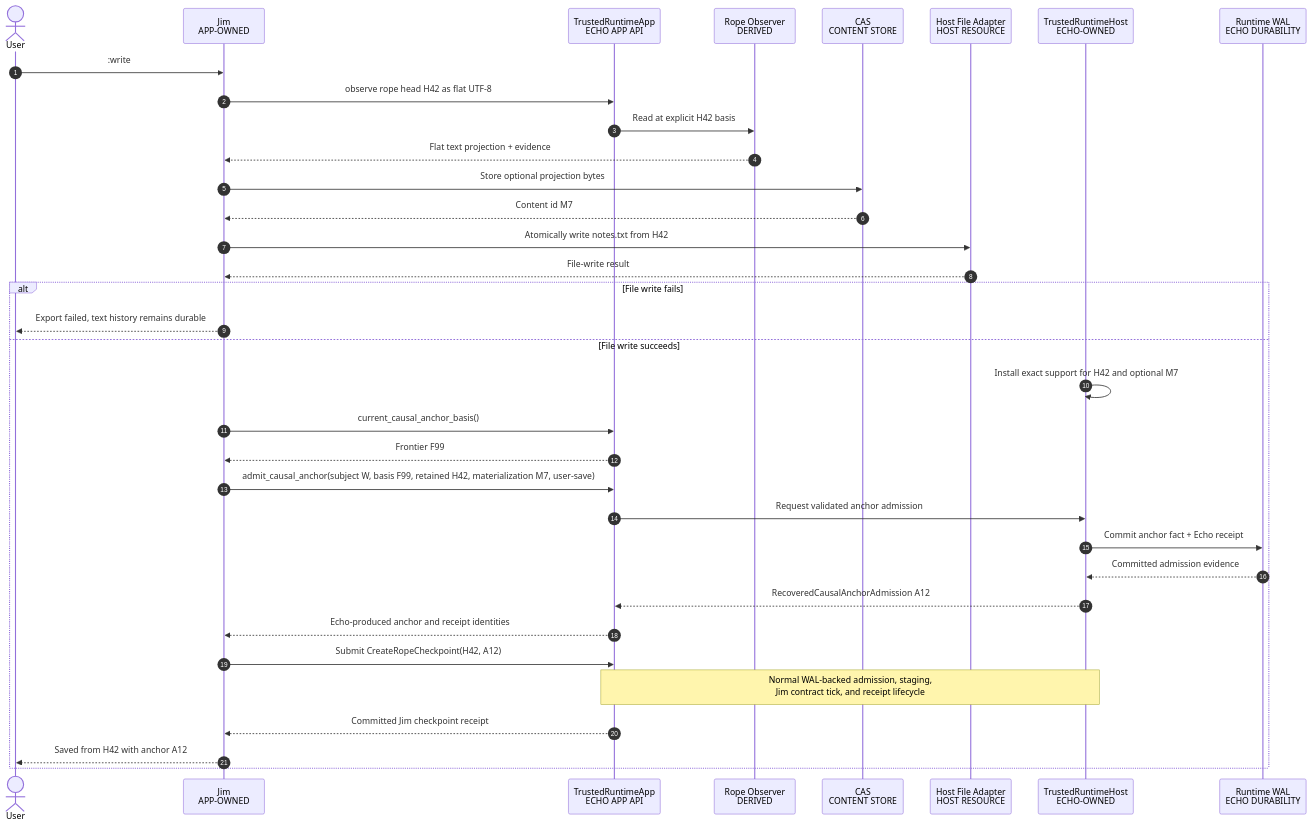
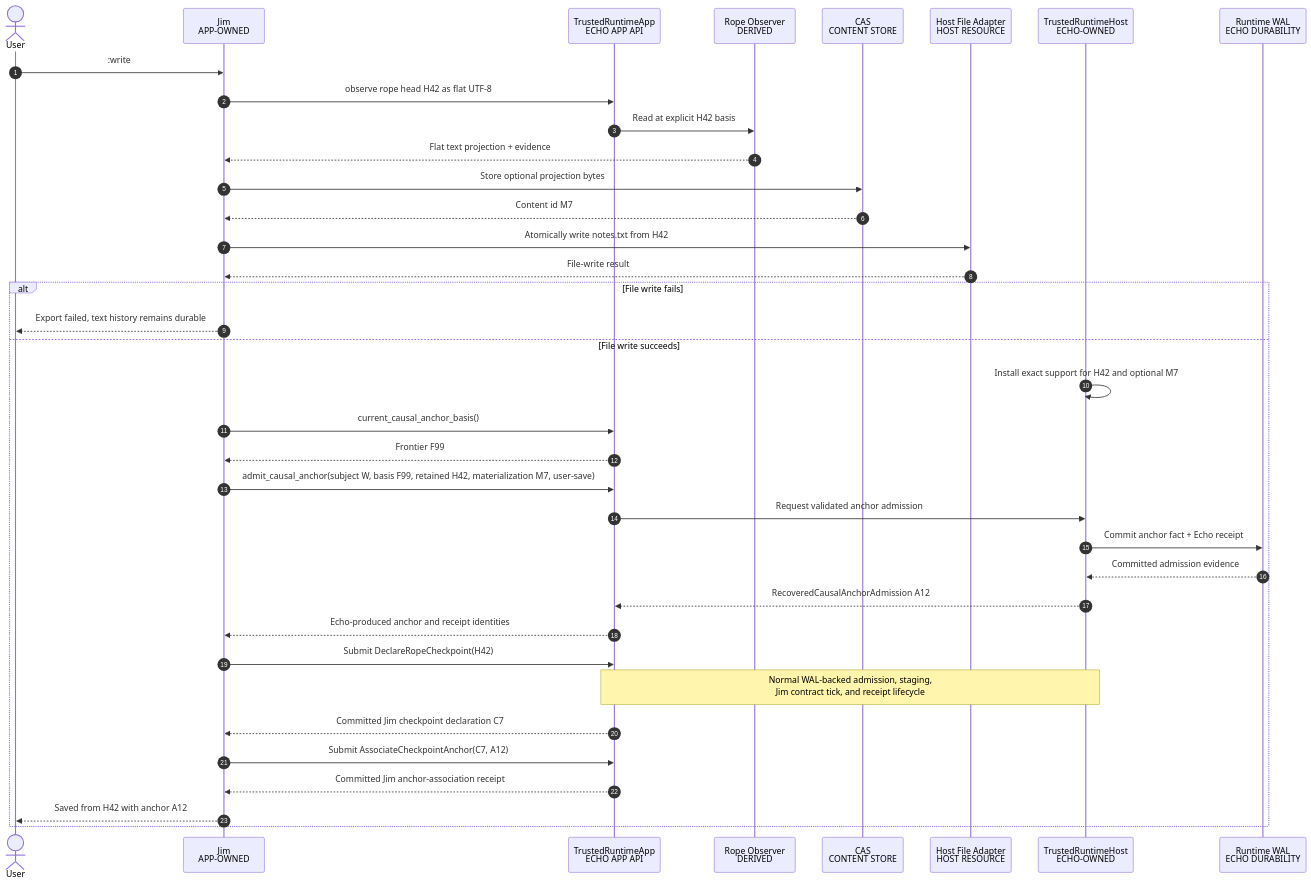
Before and after one commit to flyingrobots/echo: the fifth of 6 diagrams in docs/case-studies/JimAndEcho.md, drawn with Mermaid. The commit also changed other lines of this file and 11 other files, not shown here.

````diff
--- a/docs/case-studies/JimAndEcho.md
+++ b/docs/case-studies/JimAndEcho.md
@@ -514,38 +514,40 @@
 ```mermaid
 sequenceDiagram
     autonumber
     actor U as User
     participant J as Jim<br/>APP-OWNED
     participant A as TrustedRuntimeApp<br/>ECHO APP API
     participant O as Rope Observer<br/>DERIVED
     participant CAS as CAS<br/>CONTENT STORE
     participant F as Host File Adapter<br/>HOST RESOURCE
     participant H as TrustedRuntimeHost<br/>ECHO-OWNED
     participant W as Runtime WAL<br/>ECHO DURABILITY
 
     U->>J: :write
     J->>A: observe rope head H42 as flat UTF-8
     A->>O: Read at explicit H42 basis
     O-->>J: Flat text projection + evidence
     J->>CAS: Store optional projection bytes
     CAS-->>J: Content id M7
     J->>F: Atomically write notes.txt from H42
     F-->>J: File-write result
     alt File write fails
         J-->>U: Export failed, text history remains durable
     else File write succeeds
         H->>H: Install exact support for H42 and optional M7
         J->>A: current_causal_anchor_basis()
         A-->>J: Frontier F99
         J->>A: admit_causal_anchor(subject W, basis F99, retained H42, materialization M7, user-save)
         A->>H: Request validated anchor admission
         H->>W: Commit anchor fact + Echo receipt
         W-->>H: Committed admission evidence
         H-->>A: RecoveredCausalAnchorAdmission A12
         A-->>J: Echo-produced anchor and receipt identities
-        J->>A: Submit CreateRopeCheckpoint(H42, A12)
+        J->>A: Submit DeclareRopeCheckpoint(H42)
         Note over A,H: Normal WAL-backed admission, staging,<br/>Jim contract tick, and receipt lifecycle
-        A-->>J: Committed Jim checkpoint receipt
+        A-->>J: Committed Jim checkpoint declaration C7
+        J->>A: Submit AssociateCheckpointAnchor(C7, A12)
+        A-->>J: Committed Jim anchor-association receipt
         J-->>U: Saved from H42 with anchor A12
     end
 ```
````
